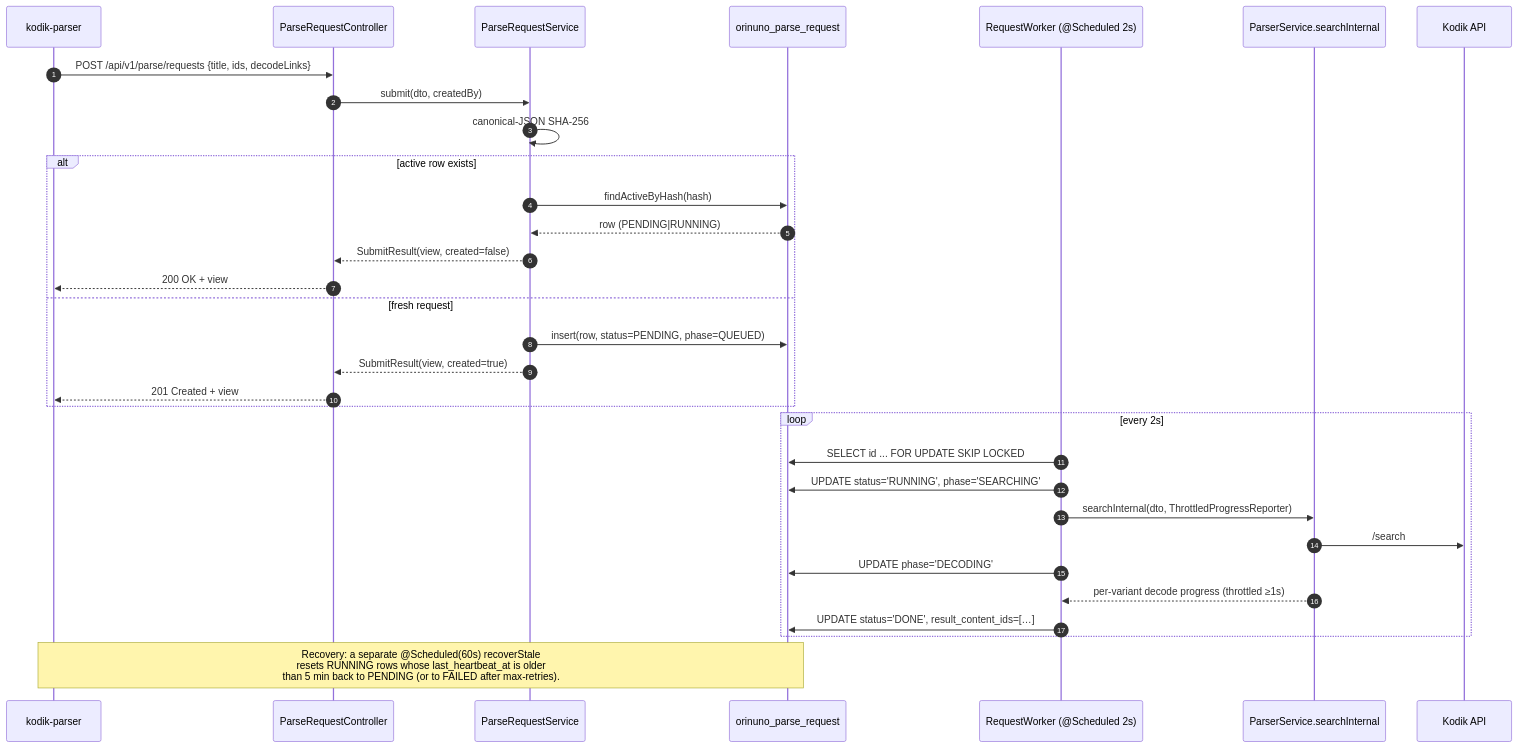
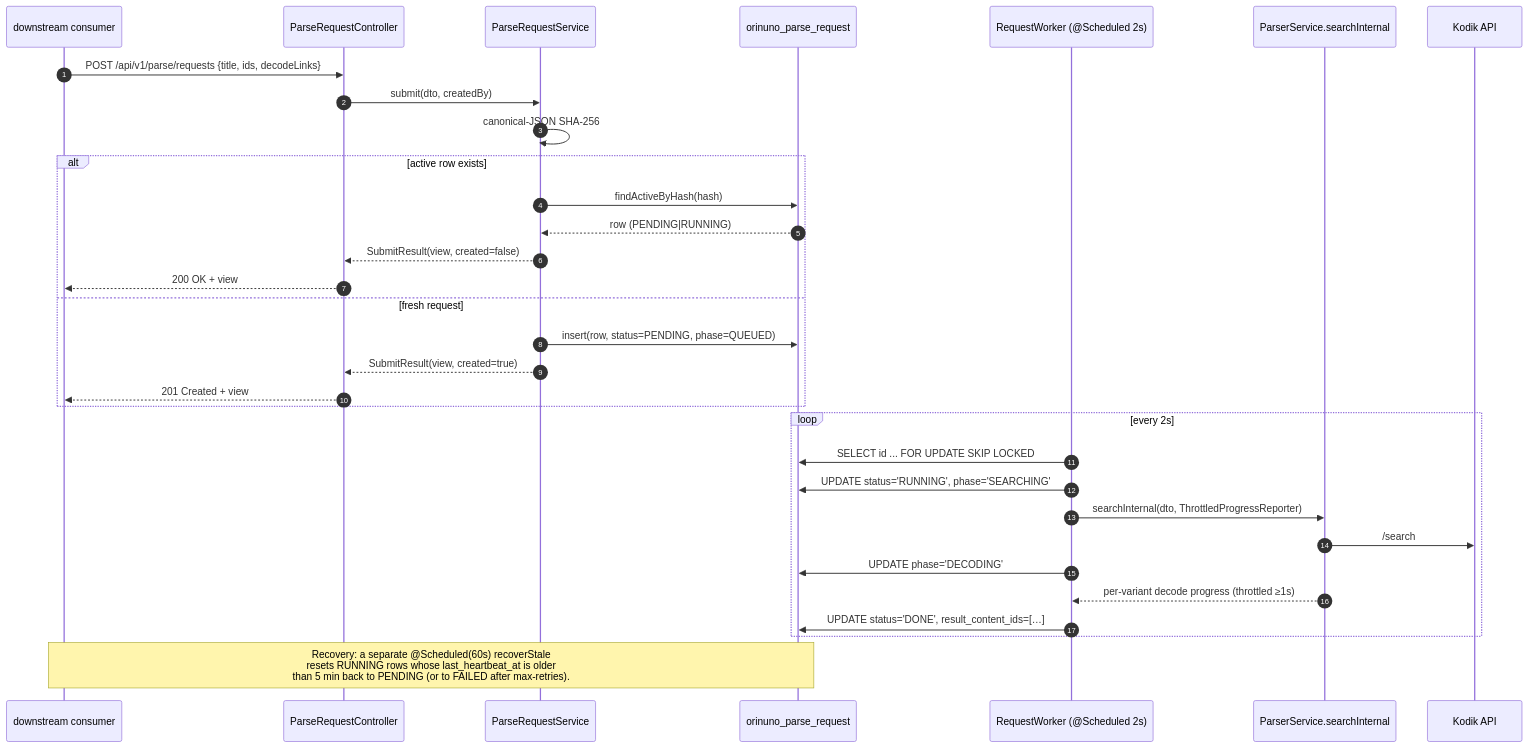
The ninth of 13 diagrams in ARCHITECTURE.md (Samehadar/orinuno), drawn with Mermaid before and after one commit. The commit also changed other lines of this file and 54 other files, not shown here.

````diff
--- a/ARCHITECTURE.md
+++ b/ARCHITECTURE.md
@@ -682,37 +682,37 @@
 ```mermaid
 sequenceDiagram
     autonumber
-    participant Client as kodik-parser
+    participant Client as downstream consumer
     participant API as ParseRequestController
     participant Service as ParseRequestService
     participant DB as orinuno_parse_request
     participant Worker as RequestWorker (@Scheduled 2s)
     participant Parser as ParserService.searchInternal
     participant Kodik as Kodik API
 
     Client->>API: POST /api/v1/parse/requests {title, ids, decodeLinks}
     API->>Service: submit(dto, createdBy)
     Service->>Service: canonical-JSON SHA-256
     alt active row exists
         Service->>DB: findActiveByHash(hash)
         DB-->>Service: row (PENDING|RUNNING)
         Service-->>API: SubmitResult(view, created=false)
         API-->>Client: 200 OK + view
     else fresh request
         Service->>DB: insert(row, status=PENDING, phase=QUEUED)
         Service-->>API: SubmitResult(view, created=true)
         API-->>Client: 201 Created + view
     end
 
     loop every 2s
         Worker->>DB: SELECT id ... FOR UPDATE SKIP LOCKED
         Worker->>DB: UPDATE status='RUNNING', phase='SEARCHING'
         Worker->>Parser: searchInternal(dto, ThrottledProgressReporter)
         Parser->>Kodik: /search
         Worker->>DB: UPDATE phase='DECODING'
         Parser-->>Worker: per-variant decode progress (throttled ≥1s)
         Worker->>DB: UPDATE status='DONE', result_content_ids=[…]
     end
 
     Note over Client,DB: Recovery: a separate @Scheduled(60s) recoverStale<br/>resets RUNNING rows whose last_heartbeat_at is older<br/>than 5 min back to PENDING (or to FAILED after max-retries).
 ```
````
